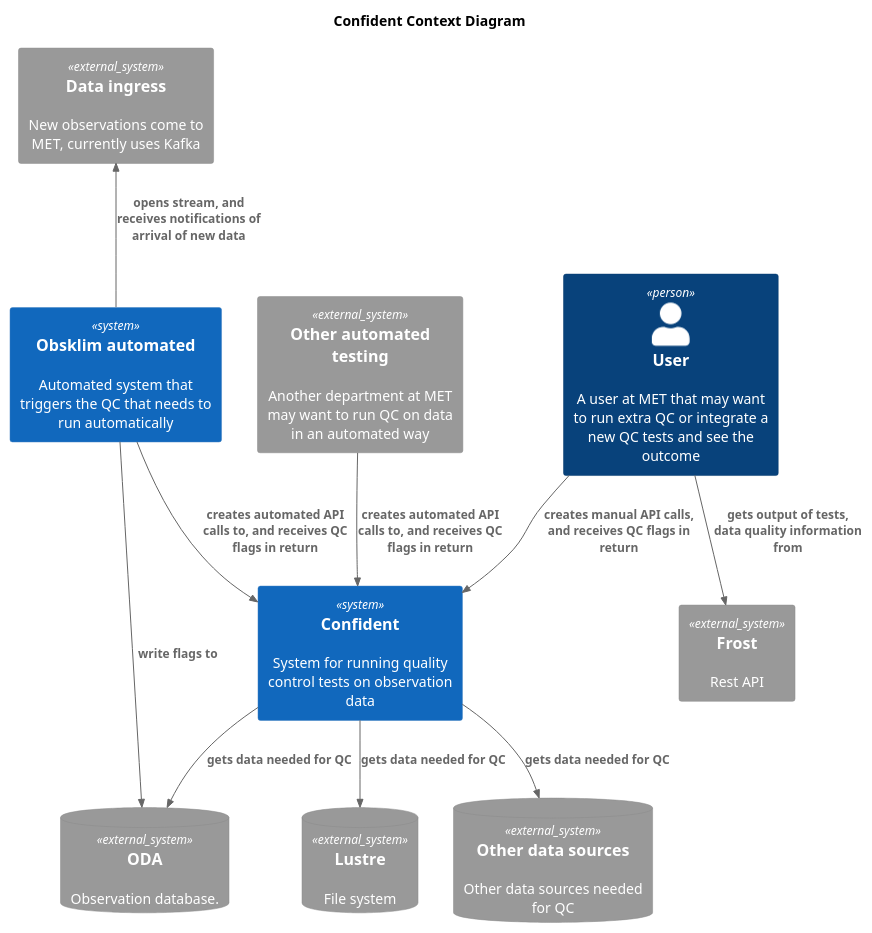
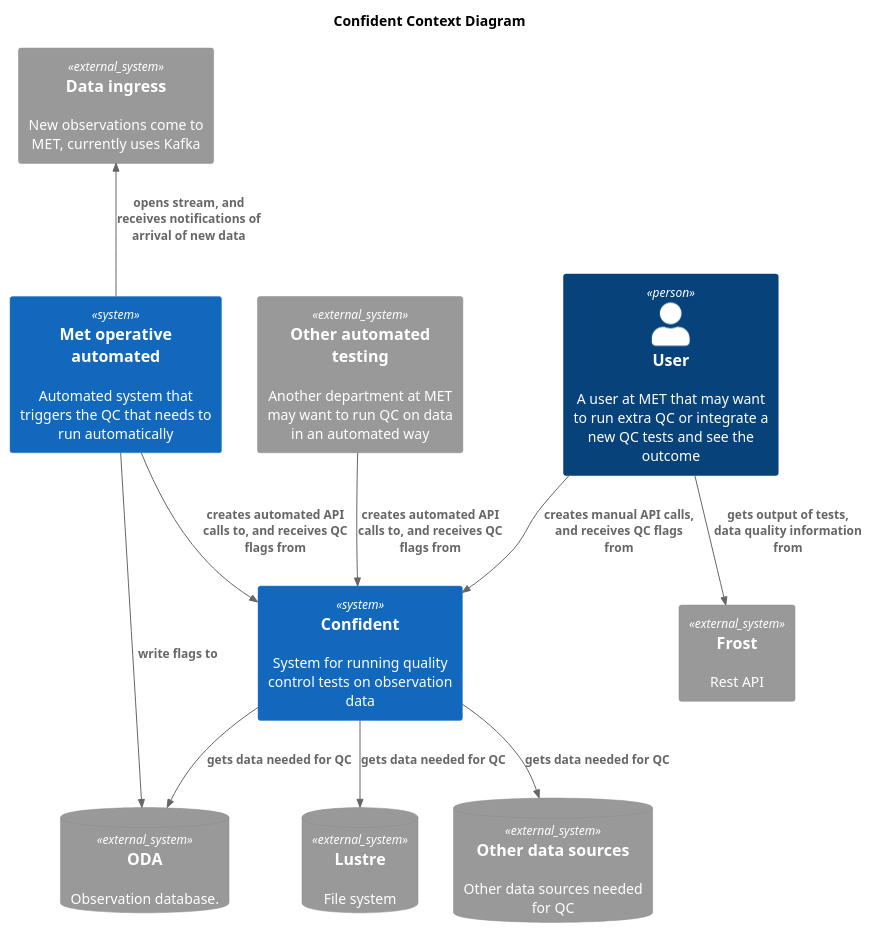
The diagram in docs/C4_context.puml (metno/rove), drawn with PlantUML before and after one commit. The commit also changed 3 other files, not shown here.

```diff
--- a/docs/C4_context.puml
+++ b/docs/C4_context.puml
@@ -1,32 +1,32 @@
 @startuml Confident_Context
 !include https://raw.githubusercontent.com/plantuml-stdlib/C4-PlantUML/master/C4_Container.puml
 
 LAYOUT_TOP_DOWN()
 
 title
   Confident Context Diagram
 end title 
 
 Person(user, "User", "A user at MET that may want to run extra QC or integrate a new QC tests and see the outcome")
-System(new_obs_system, "Obsklim automated", "Automated system that triggers the QC that needs to run automatically")
+System(new_obs_system, "Met operative automated", "Automated system that triggers the QC that needs to run automatically")
 System_Ext(kafka, "Data ingress", "New observations come to MET, currently uses Kafka")
 System_Ext(other_department, "Other automated testing", "Another department at MET may want to run QC on data in an automated way")
 
 System(confident, "Confident", "System for running quality control tests on observation data")
 System_Ext(frost, "Frost", "Rest API")
 SystemDb_Ext(oda, "ODA", "Observation database.")
 SystemDb_Ext(lustre, "Lustre", "File system")
 SystemDb_Ext(datasources, "Other data sources", "Other data sources needed for QC")
 
 Rel_U(new_obs_system, kafka, "opens stream, and receives notifications of arrival of new data")
 
-Rel(user, confident, "creates manual API calls, and receives QC flags in return")
-Rel(new_obs_system, confident, "creates automated API calls to, and receives QC flags in return")
-Rel(other_department, confident, "creates automated API calls to, and receives QC flags in return")
+Rel(user, confident, "creates manual API calls, and receives QC flags from")
+Rel(new_obs_system, confident, "creates automated API calls to, and receives QC flags from")
+Rel(other_department, confident, "creates automated API calls to, and receives QC flags from")
 
 Rel(confident, oda, "gets data needed for QC")
 Rel(new_obs_system, oda, "write flags to")
 Rel(confident, lustre, "gets data needed for QC")
 Rel(confident, datasources, "gets data needed for QC")
 Rel(user, frost, "gets output of tests, data quality information from")
 @enduml
```
